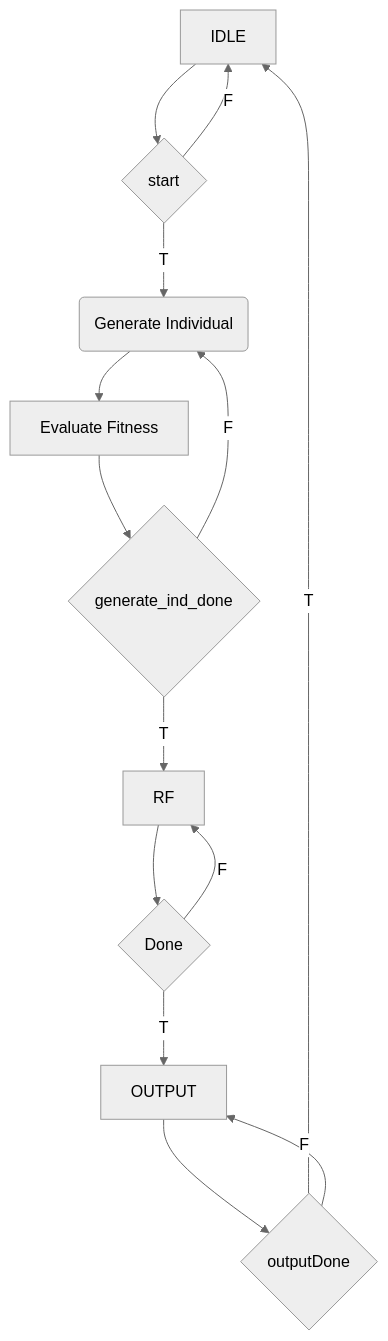
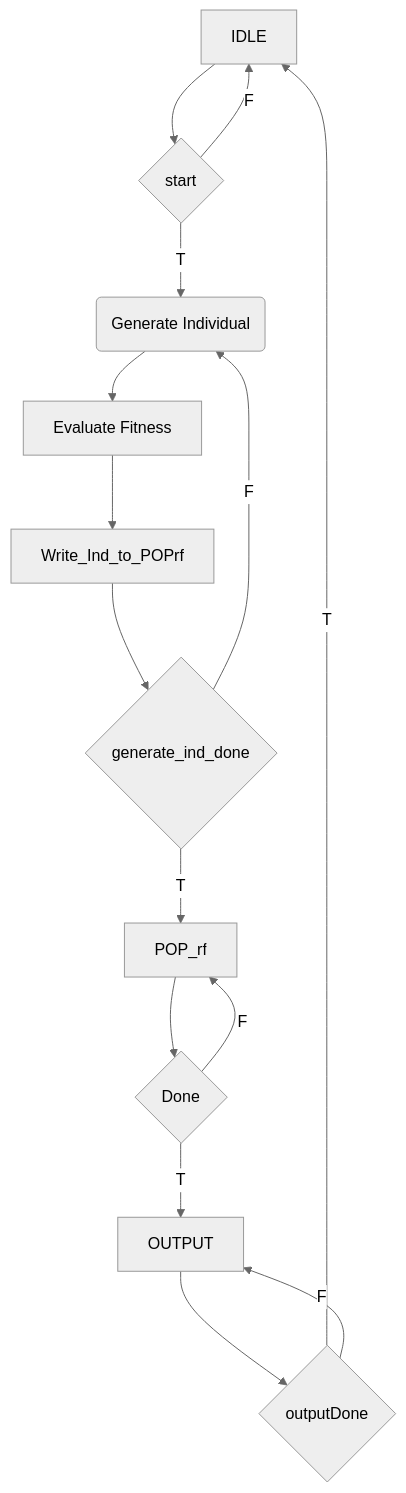
One commit to sicajc/EC_FINAL_PROJECT changed the first of 2 diagrams in README.md. Above: the diagram before and after it, drawn with Mermaid (neutral theme). The commit also changed other lines of this file, not shown here.

Commit message:
POP_rf documented

````diff
--- a/README.md
+++ b/README.md
@@ -6,16 +6,16 @@
 ```mermaid
     graph TD
     A[IDLE] -->D{start}
     B(Generate Individual) --> C[Evaluate Fitness]
+    --> f[Write_Ind_to_POPrf]
     D --> |T|B
     D --> |F|A
-    C --> E{generate_ind_done}
-    E --> |T| F[RF]
+    f --> E{generate_ind_done}
+    E --> |T| F[POP_rf]
     E --> |F| B
     F --> a{Done}
     a --> |T| b[OUTPUT]
     a --> |F| F
     b --> c{outputDone} --> |T|A
     c --> |F|b
-
 ```
````
